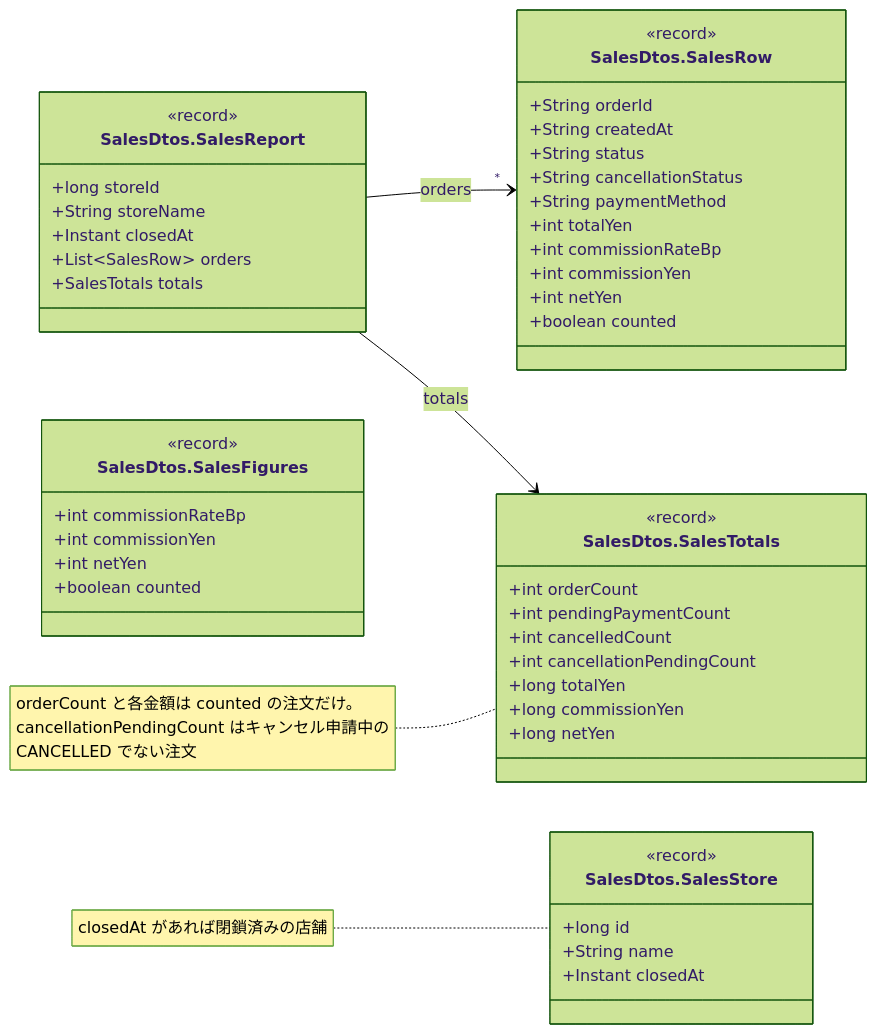
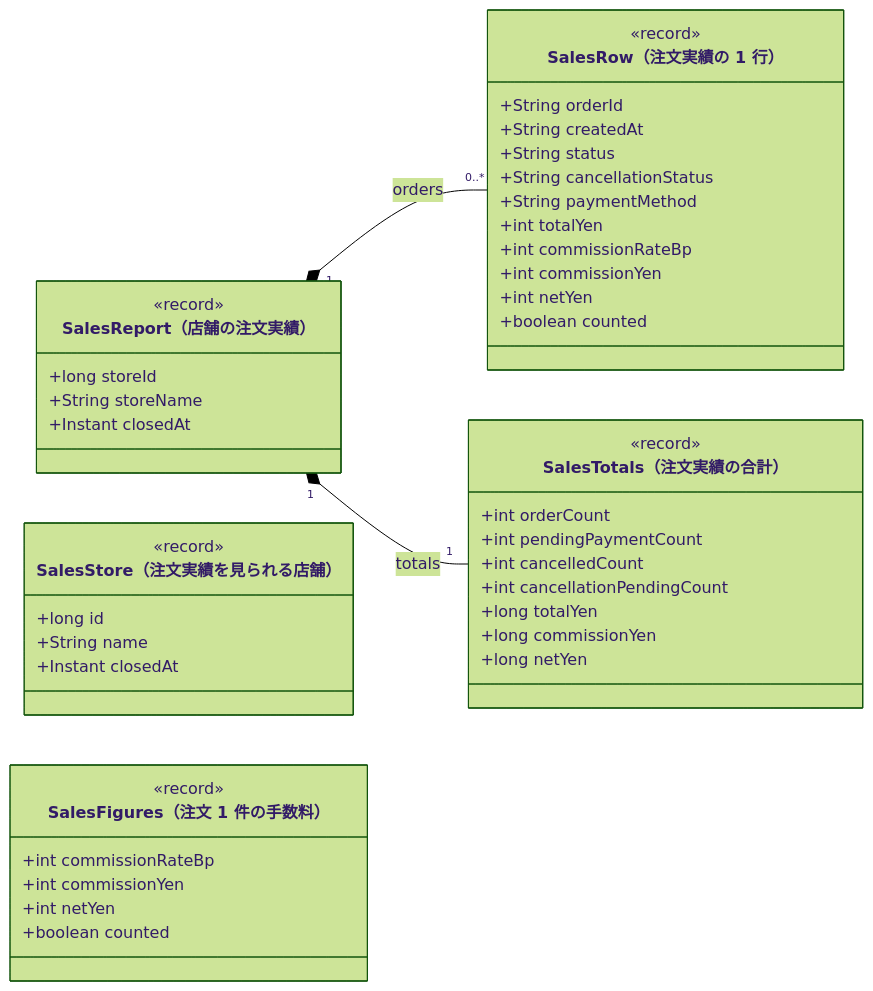
The tenth of 11 diagrams in クラス図/kusakari-ec/04_カートと注文.md (abeouga/kusakari-document), drawn with Mermaid (forest theme) before and after one commit. The commit also changed other lines of this file and 87 other files, not shown here.

Commit message:
EC のクラス図に全体図を足し、詳細図をデータとモジュールの図に分けて書き直す

````diff
--- a/クラス図/kusakari-ec/04_カートと注文.md
+++ b/クラス図/kusakari-ec/04_カートと注文.md
@@ -822,54 +988,49 @@
 ```mermaid
 classDiagram
   direction LR
-  class SalesReport["SalesDtos.SalesReport"] {
+  class SalesReport["SalesReport（店舗の注文実績）"] {
     <<record>>
     +long storeId
     +String storeName
     +Instant closedAt
-    +List~SalesRow~ orders
-    +SalesTotals totals
   }
-  class SalesRow["SalesDtos.SalesRow"] {
+  class SalesRow["SalesRow（注文実績の 1 行）"] {
     <<record>>
     +String orderId
     +String createdAt
     +String status
     +String cancellationStatus
     +String paymentMethod
     +int totalYen
     +int commissionRateBp
     +int commissionYen
     +int netYen
     +boolean counted
   }
-  class SalesTotals["SalesDtos.SalesTotals"] {
+  class SalesTotals["SalesTotals（注文実績の合計）"] {
     <<record>>
     +int orderCount
     +int pendingPaymentCount
     +int cancelledCount
     +int cancellationPendingCount
     +long totalYen
     +long commissionYen
     +long netYen
   }
-  class SalesStore["SalesDtos.SalesStore"] {
+  class SalesStore["SalesStore（注文実績を見られる店舗）"] {
     <<record>>
     +long id
     +String name
     +Instant closedAt
   }
-  class SalesFigures["SalesDtos.SalesFigures"] {
+  class SalesFigures["SalesFigures（注文 1 件の手数料）"] {
     <<record>>
     +int commissionRateBp
     +int commissionYen
     +int netYen
     +boolean counted
   }
 
-  SalesReport --> "*" SalesRow : orders
-  SalesReport --> SalesTotals : totals
-
-  note for SalesTotals "orderCount と各金額は counted の注文だけ。<br/>cancellationPendingCount はキャンセル申請中の<br/>CANCELLED でない注文"
-  note for SalesStore "closedAt があれば閉鎖済みの店舗"
+  SalesReport "1" *-- "0..*" SalesRow : orders
+  SalesReport "1" *-- "1" SalesTotals : totals
 ```
````
